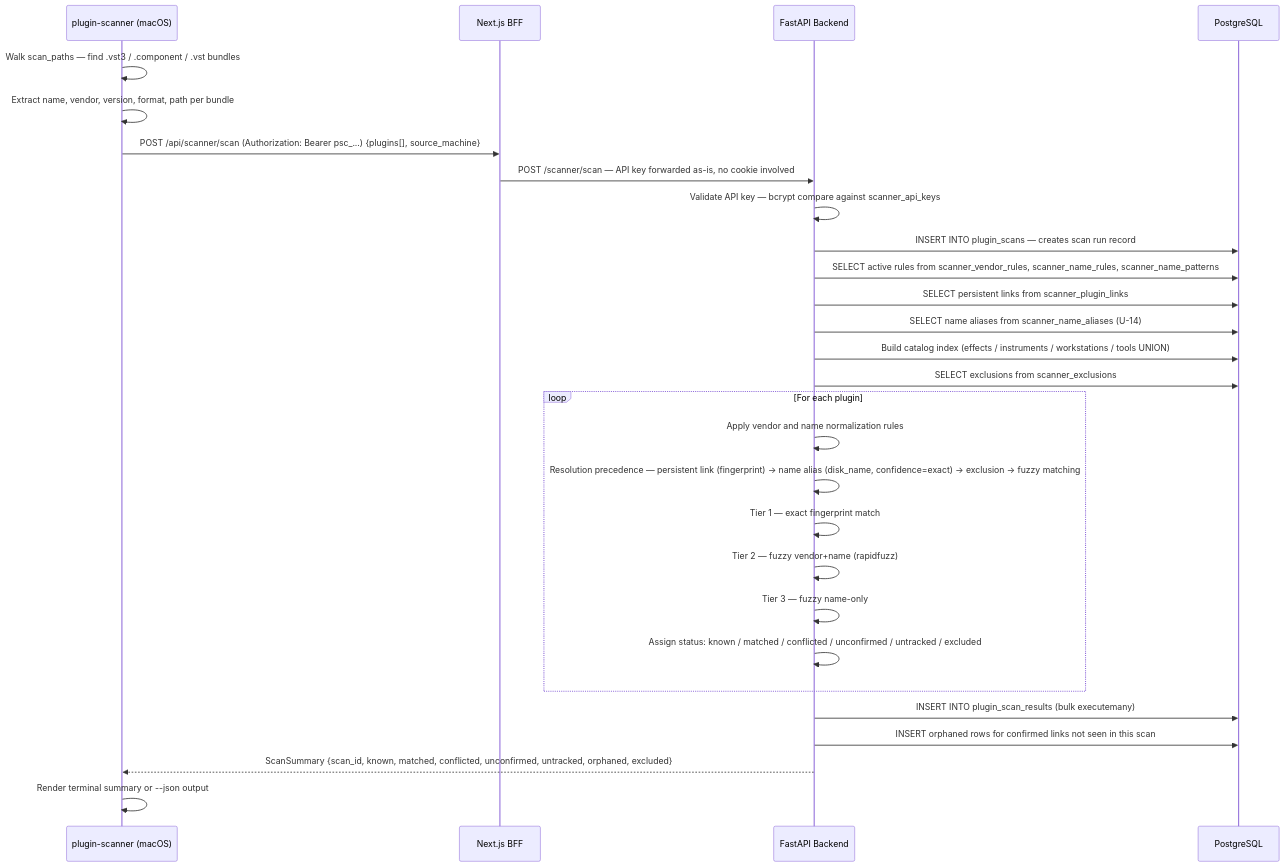
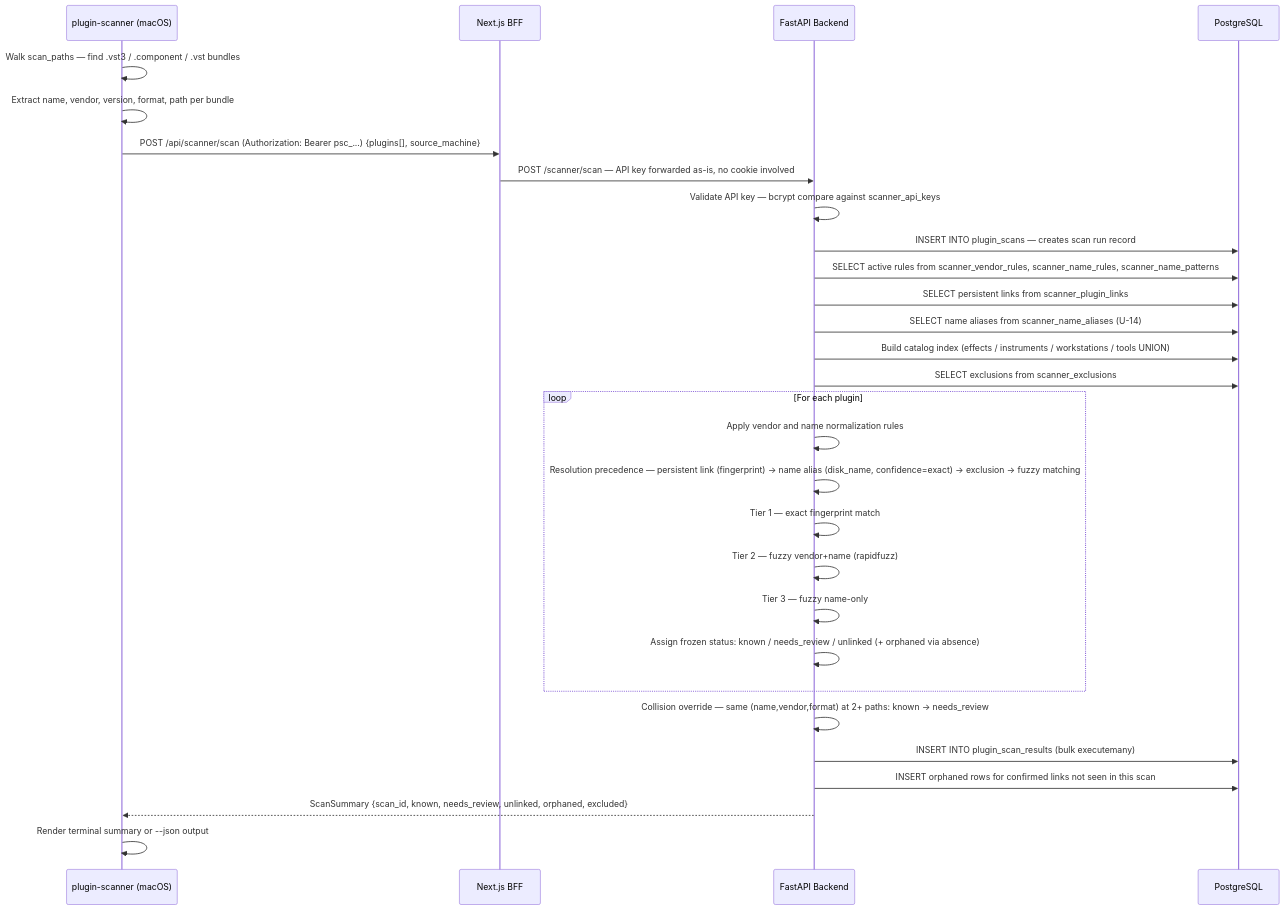
One commit to edtbl76/stud.io changed the second of 4 diagrams in docs/arch/diagrams/l4-scanner.md. Above: the diagram before and after it, drawn with Mermaid. The commit also changed other lines of this file and 34 other files, not shown here.

Commit message:
Refactor scanner schema and logic for simplicity and clarity (#115)

````diff
--- a/docs/arch/diagrams/l4-scanner.md
+++ b/docs/arch/diagrams/l4-scanner.md
@@ -28,31 +28,32 @@
 ```mermaid
 sequenceDiagram
     participant Binary as plugin-scanner (macOS)
     participant BFF as Next.js BFF
     participant FastAPI as FastAPI Backend
     participant DB as PostgreSQL
 
     Binary->>Binary: Walk scan_paths — find .vst3 / .component / .vst bundles
     Binary->>Binary: Extract name, vendor, version, format, path per bundle
     Binary->>BFF: POST /api/scanner/scan (Authorization: Bearer psc_...) {plugins[], source_machine}
     BFF->>FastAPI: POST /scanner/scan — API key forwarded as-is, no cookie involved
     FastAPI->>FastAPI: Validate API key — bcrypt compare against scanner_api_keys
     FastAPI->>DB: INSERT INTO plugin_scans — creates scan run record
     FastAPI->>DB: SELECT active rules from scanner_vendor_rules, scanner_name_rules, scanner_name_patterns
     FastAPI->>DB: SELECT persistent links from scanner_plugin_links
     FastAPI->>DB: SELECT name aliases from scanner_name_aliases (U-14)
     FastAPI->>DB: Build catalog index (effects / instruments / workstations / tools UNION)
     FastAPI->>DB: SELECT exclusions from scanner_exclusions
     loop For each plugin
         FastAPI->>FastAPI: Apply vendor and name normalization rules
         FastAPI->>FastAPI: Resolution precedence — persistent link (fingerprint) → name alias (disk_name, confidence=exact) → exclusion → fuzzy matching
         FastAPI->>FastAPI: Tier 1 — exact fingerprint match
         FastAPI->>FastAPI: Tier 2 — fuzzy vendor+name (rapidfuzz)
         FastAPI->>FastAPI: Tier 3 — fuzzy name-only
-        FastAPI->>FastAPI: Assign status: known / matched / conflicted / unconfirmed / untracked / excluded
+        FastAPI->>FastAPI: Assign frozen status: known / needs_review / unlinked (+ orphaned via absence)
     end
+    FastAPI->>FastAPI: Collision override — same (name,vendor,format) at 2+ paths: known → needs_review
     FastAPI->>DB: INSERT INTO plugin_scan_results (bulk executemany)
     FastAPI->>DB: INSERT orphaned rows for confirmed links not seen in this scan
-    FastAPI-->>Binary: ScanSummary {scan_id, known, matched, conflicted, unconfirmed, untracked, orphaned, excluded}
+    FastAPI-->>Binary: ScanSummary {scan_id, known, needs_review, unlinked, orphaned, excluded}
     Binary->>Binary: Render terminal summary or --json output
 ```
````
